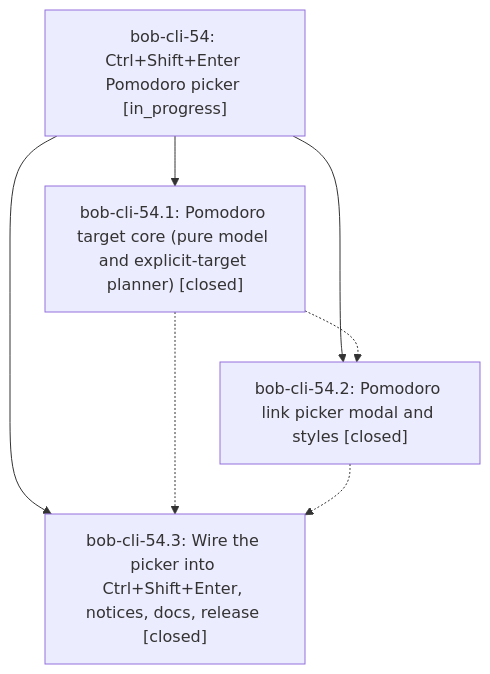
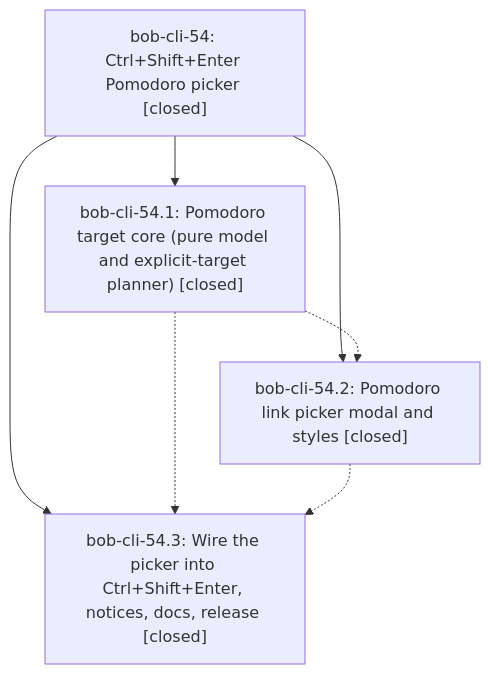
Before and after one commit to bobs-org/bob-cli--beads: the diagram in pages/bob-cli-54/README.md, drawn with Mermaid. The commit also changed other lines of this file, not shown here.

First line of the commit message:
chore(beads): sync bead state and pages for bob-cli-54

````diff
--- a/pages/bob-cli-54/README.md
+++ b/pages/bob-cli-54/README.md
@@ -24,13 +34,13 @@
 ```mermaid
 flowchart TD
-    n0["bob-cli-54: Ctrl+Shift+Enter Pomodoro picker [in_progress]"]
+    n0["bob-cli-54: Ctrl+Shift+Enter Pomodoro picker [closed]"]
     n1["bob-cli-54.1: Pomodoro target core (pure model and explicit-target planner) [closed]"]
     n2["bob-cli-54.2: Pomodoro link picker modal and styles [closed]"]
     n3["bob-cli-54.3: Wire the picker into Ctrl+Shift+Enter, notices, docs, release [closed]"]
     n0 --> n1
     n0 --> n2
     n0 --> n3
     n1 -.-> n2
     n1 -.-> n3
     n2 -.-> n3
 ```
````
